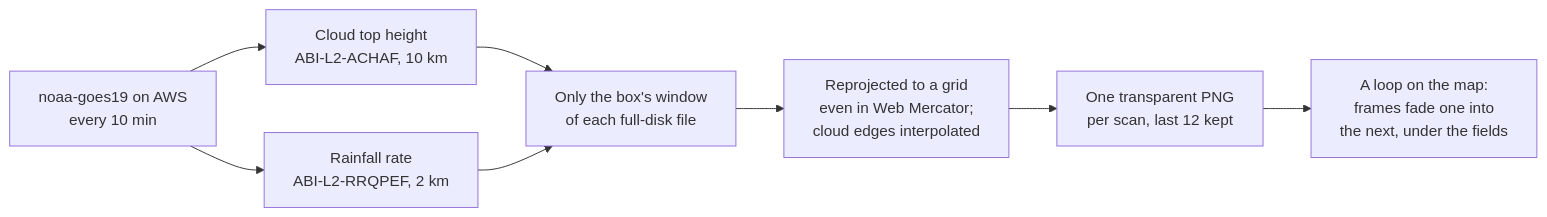
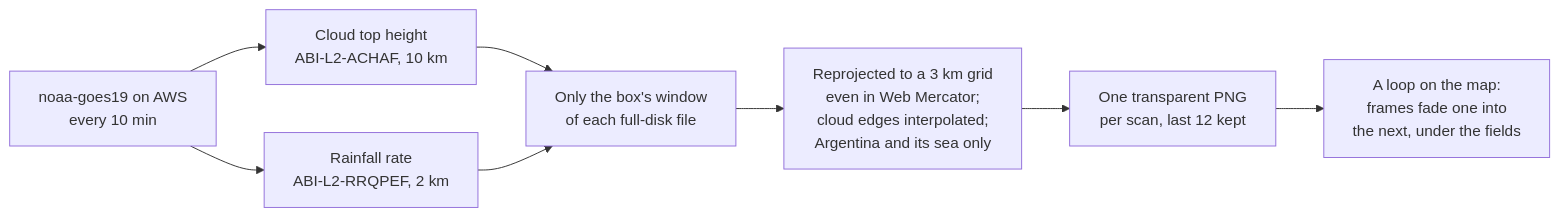
Before and after one commit to nickyperrone/Fire-Detection-System: diagram 19 of 20 in README.md, drawn with Mermaid. The commit also changed other lines of this file, not shown here.

````diff
--- a/README.md
+++ b/README.md
@@ -562,9 +634,9 @@
 ```mermaid
 flowchart LR
     S3["noaa-goes19 on AWS<br/>every 10 min"] --> H["Cloud top height<br/>ABI-L2-ACHAF, 10 km"]
     S3 --> R["Rainfall rate<br/>ABI-L2-RRQPEF, 2 km"]
     H & R --> W["Only the box's window<br/>of each full-disk file"]
-    W --> G["Reprojected to a grid<br/>even in Web Mercator;<br/>cloud edges interpolated"]
+    W --> G["Reprojected to a 3 km grid<br/>even in Web Mercator;<br/>cloud edges interpolated;<br/>Argentina and its sea only"]
     G --> P["One transparent PNG<br/>per scan, last 12 kept"]
     P --> M["A loop on the map:<br/>frames fade one into<br/>the next, under the fields"]
 ```
````
